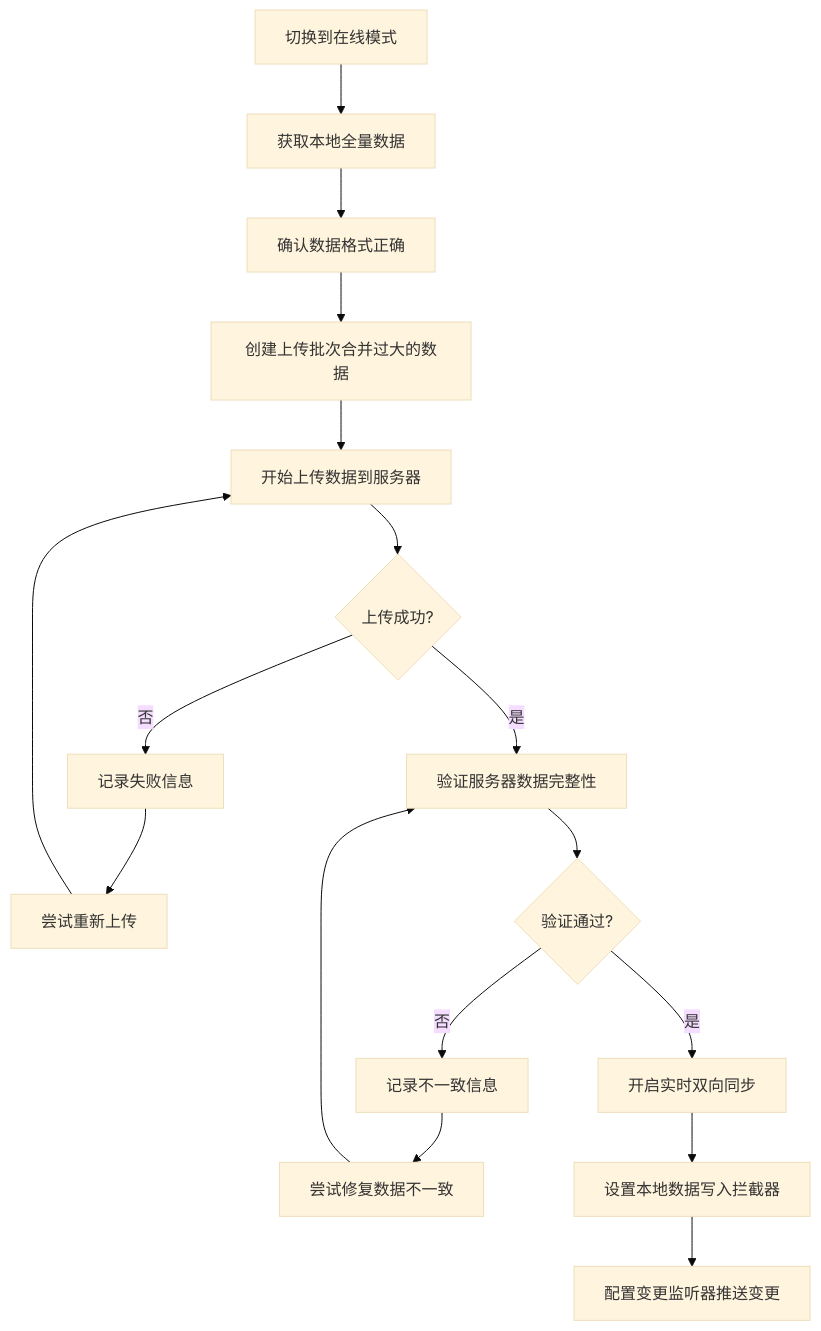
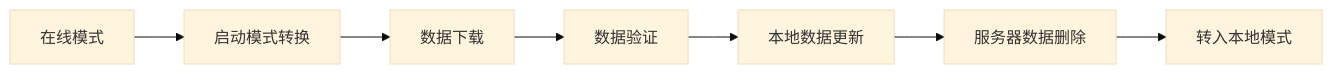
One commit to yingjianzh/iodraw-files changed the diagram in all/未命名-48.md. Above: the diagram before and after it, drawn with Mermaid (base theme).

Commit message:
2025-05-07 17:11:03 update

````diff
--- a/all/未命名-48.md
+++ b/all/未命名-48.md
@@ -1,19 +1,9 @@
 ```mermaid
-flowchart TD
-    A[切换到在线模式] --> B[获取本地全量数据]
-    B --> C[确认数据格式正确]
-    C --> D[创建上传批次合并过大的数据]
-    D --> E[开始上传数据到服务器]
-    E --> F{上传成功?}
-    F -->|否| G[记录失败信息]
-    G --> H[尝试重新上传]
-    H --> E
-    F -->|是| I[验证服务器数据完整性]
-    I --> J{验证通过?}
-    J -->|否| K[记录不一致信息]
-    K --> L[尝试修复数据不一致]
-    L --> I
-    J -->|是| M[开启实时双向同步]
-    M --> N[设置本地数据写入拦截器]
-    N --> O[配置变更监听器推送变更]
+flowchart LR
+    A[在线模式] --> B[启动模式转换]
+    B --> C[数据下载]
+    C --> D[数据验证]
+    D --> E[本地数据更新]
+    E --> F[服务器数据删除]
+    F --> G[转入本地模式]
 ```
````
